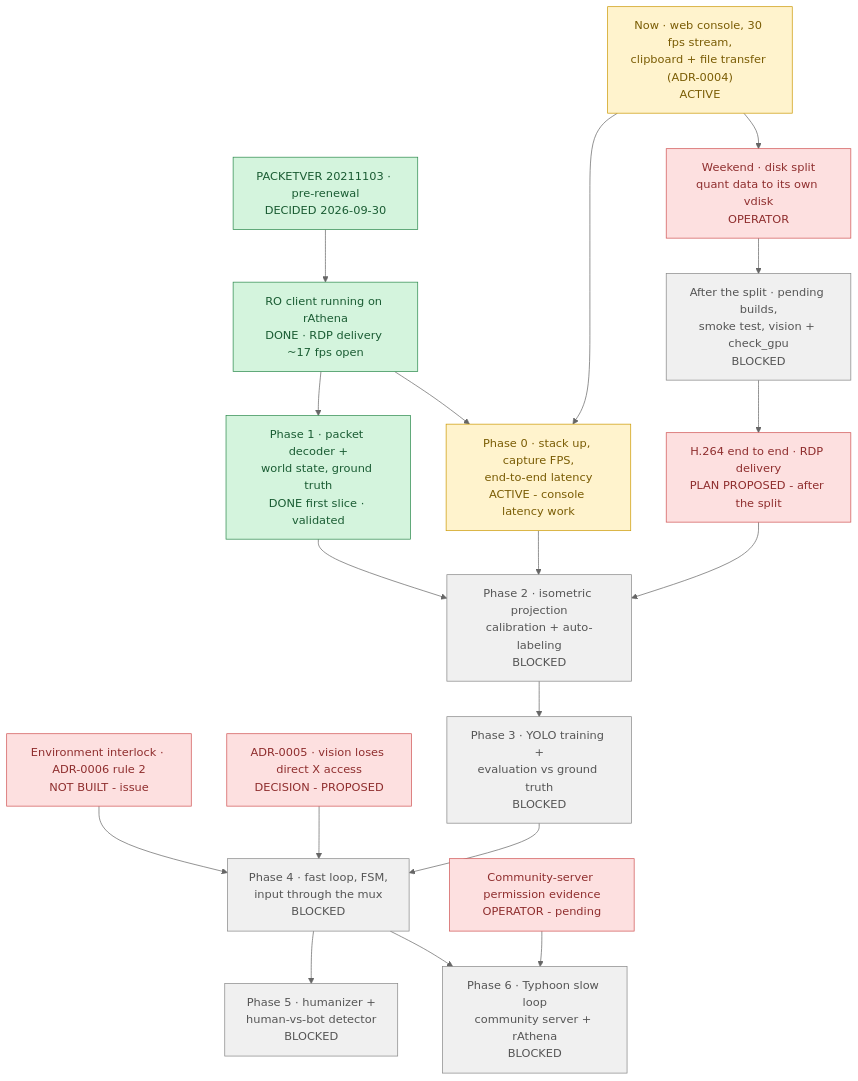
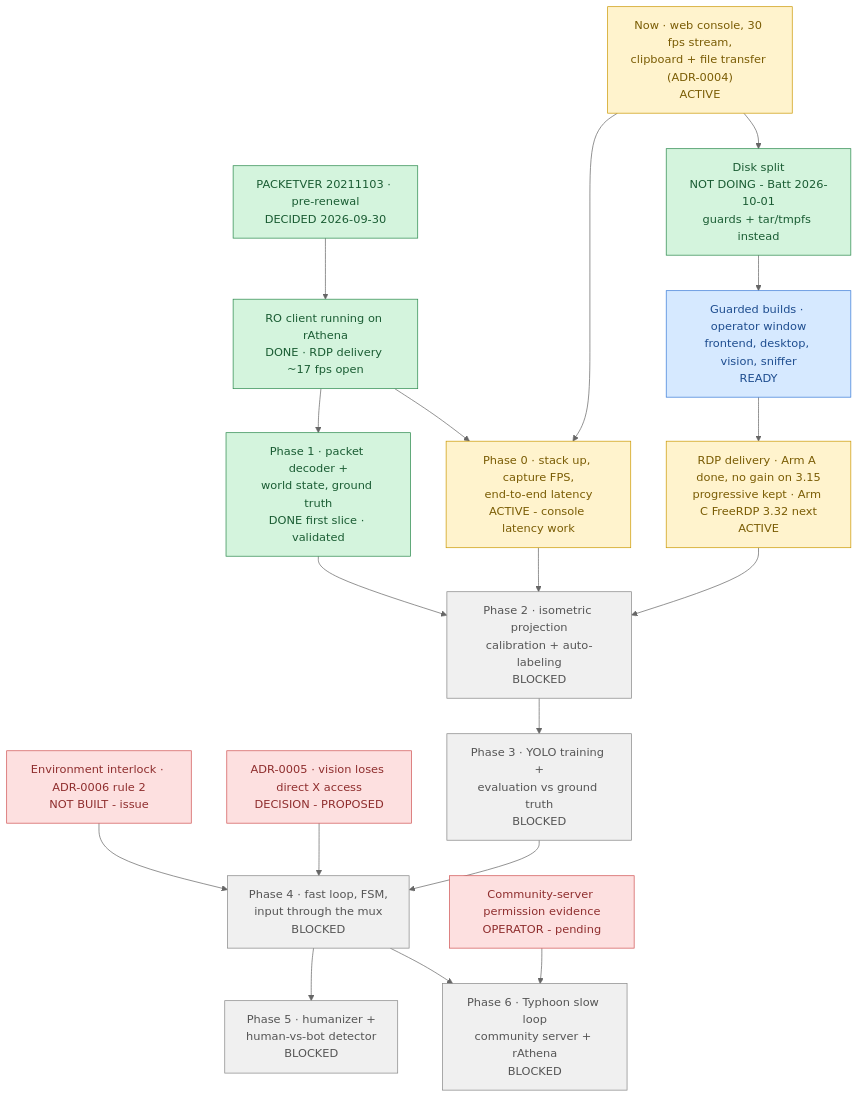
One commit to lumduan/poring-lab changed the diagram in docs/ROADMAP.md. Above: the diagram before and after it, drawn with Mermaid (neutral theme). The commit also changed other lines of this file and 13 other files, not shown here.

````diff
--- a/docs/ROADMAP.md
+++ b/docs/ROADMAP.md
@@ -11,47 +11,48 @@
 ```mermaid
 flowchart TD
     N1["Now · web console, 30 fps stream,<br/>clipboard + file transfer (ADR-0004)<br/>ACTIVE"]
-    N2["Weekend · disk split<br/>quant data to its own vdisk<br/>OPERATOR"]
-    N3["After the split · pending builds,<br/>smoke test, vision + check_gpu<br/>BLOCKED"]
+    N2["Disk split<br/>NOT DOING - Batt 2026-10-01<br/>guards + tar/tmpfs instead"]
+    N3["Guarded builds · operator window<br/>frontend, desktop, vision, sniffer<br/>READY"]
     D1["PACKETVER 20211103 · pre-renewal<br/>DECIDED 2026-09-30"]
     S1["RO client running on rAthena<br/>DONE · RDP delivery ~17 fps open"]
     D2["ADR-0005 · vision loses direct X access<br/>DECISION - PROPOSED"]
     D3["Environment interlock · ADR-0006 rule 2<br/>NOT BUILT - issue"]
     E1["Community-server permission evidence<br/>OPERATOR - pending"]
     P0["Phase 0 · stack up, capture FPS,<br/>end-to-end latency<br/>ACTIVE - console latency work"]
     P1["Phase 1 · packet decoder +<br/>world state, ground truth<br/>DONE first slice · validated"]
-    H1["H.264 end to end · RDP delivery<br/>PLAN PROPOSED - after the split"]
+    H1["RDP delivery · Arm A done, no gain on 3.15<br/>progressive kept · Arm C FreeRDP 3.32 next<br/>ACTIVE"]
     P2["Phase 2 · isometric projection<br/>calibration + auto-labeling<br/>BLOCKED"]
     P3["Phase 3 · YOLO training +<br/>evaluation vs ground truth<br/>BLOCKED"]
     P4["Phase 4 · fast loop, FSM,<br/>input through the mux<br/>BLOCKED"]
     P5["Phase 5 · humanizer +<br/>human-vs-bot detector<br/>BLOCKED"]
     P6["Phase 6 · Typhoon slow loop<br/>community server + rAthena<br/>BLOCKED"]
 
     N1 --> N2 --> N3
     N3 --> H1
     H1 --> P2
     D1 --> S1
     N1 --> P0
     S1 --> P0
     S1 --> P1
     P0 --> P2
     P1 --> P2
     P2 --> P3 --> P4
     D2 --> P4
     D3 --> P4
     E1 --> P6
     P4 --> P5
     P4 --> P6
 
     classDef done     fill:#d4f4dd,stroke:#2d8a4e,color:#1a5c33
     classDef active   fill:#fff3cd,stroke:#cc9a06,color:#7a5c04
     classDef ready    fill:#d6e9ff,stroke:#3b7dd8,color:#1e4d8f
     classDef blocked  fill:#f0f0f0,stroke:#888,color:#555
     classDef decision fill:#fde0e0,stroke:#d05555,color:#8f2e2e
     classDef goal     fill:#ede0fb,stroke:#8a5cd8,color:#4d2e8f
 
-    class D1,S1,P1 done
-    class N1,P0 active
-    class N2,D2,D3,E1,H1 decision
-    class N3,P2,P3,P4,P5,P6 blocked
+    class D1,S1,P1,N2 done
+    class N1,P0,H1 active
+    class N3 ready
+    class D2,D3,E1 decision
+    class P2,P3,P4,P5,P6 blocked
 ```
````
